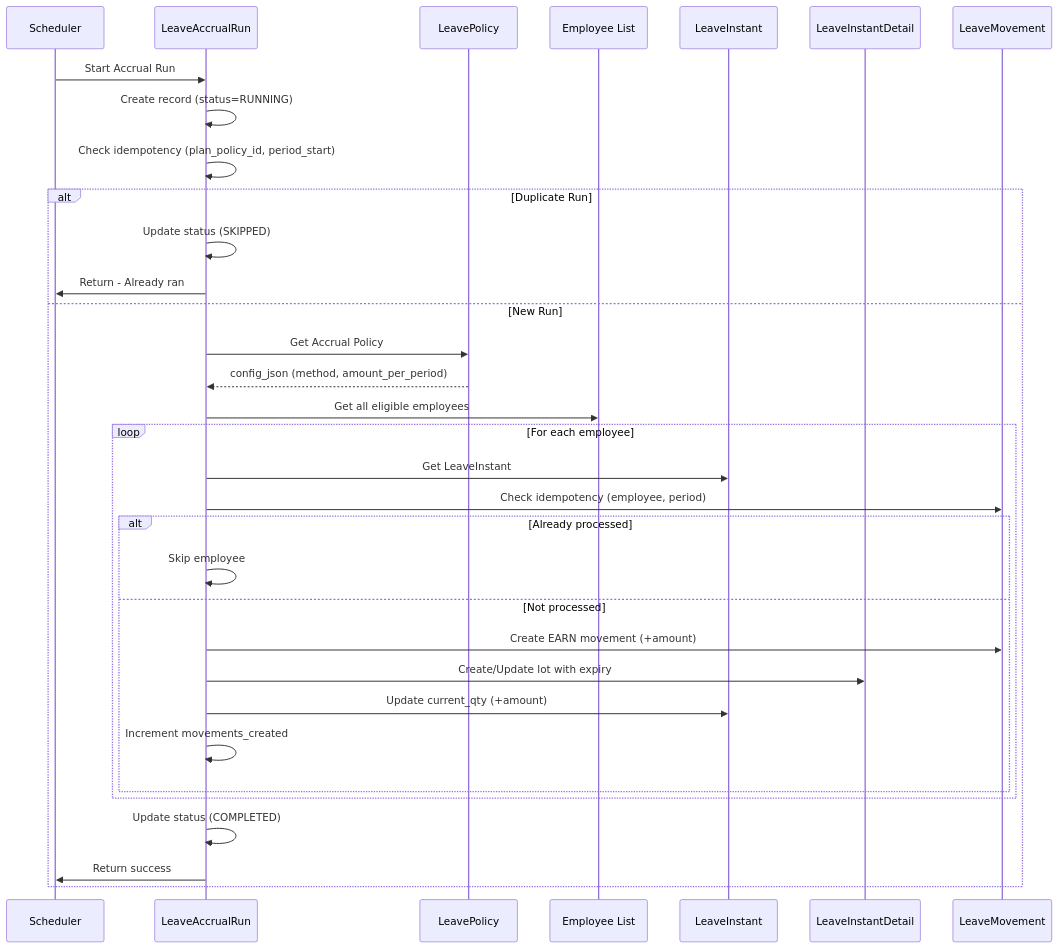
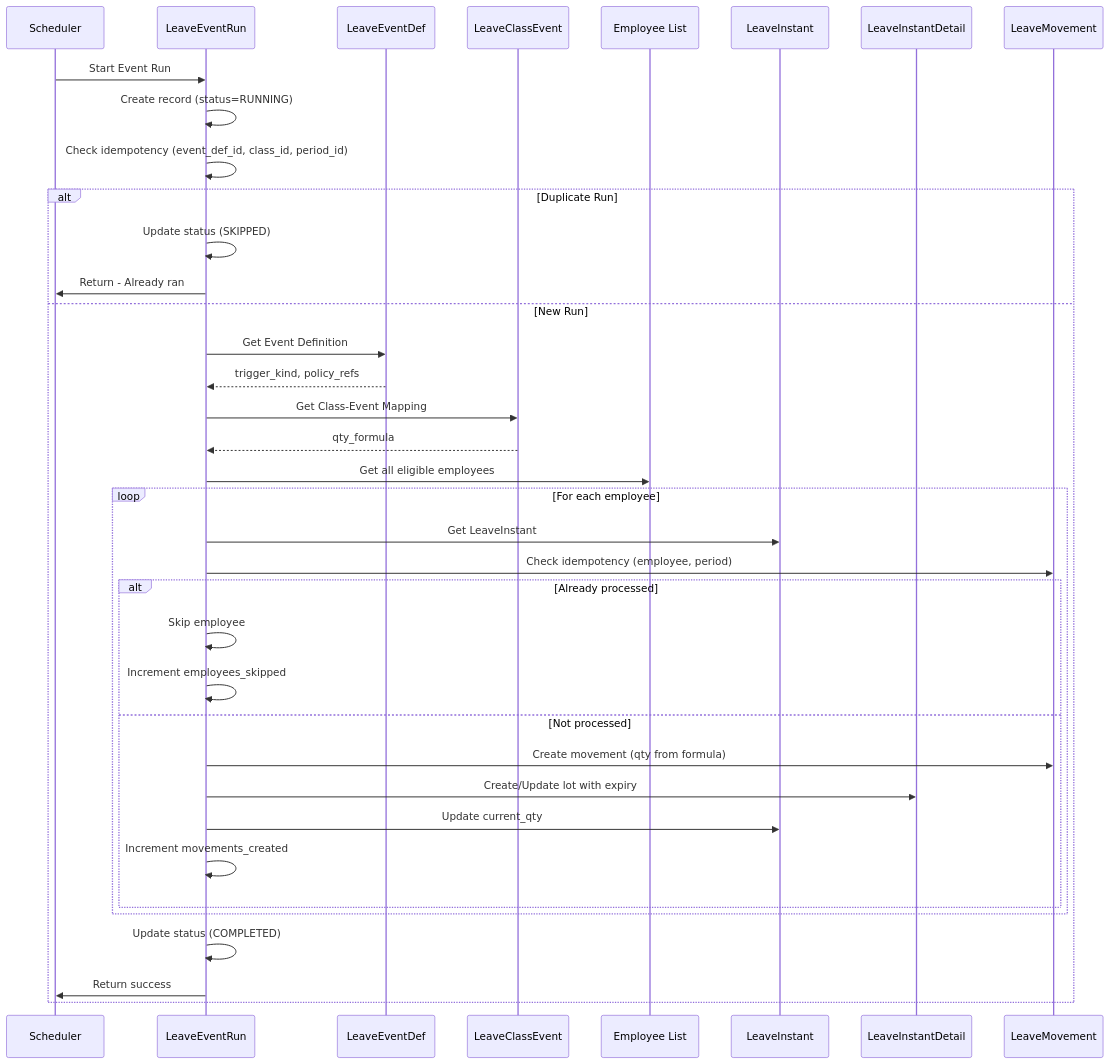
One commit to a4b-corporation/xTalent changed the eighth of 16 diagrams in docs/02-dbml/TA/07-workflow-diagrams.md. Above: the diagram before and after it, drawn with Mermaid. The commit also changed other lines of this file and 3 other files, not shown here.

````diff
--- a/docs/02-dbml/TA/07-workflow-diagrams.md
+++ b/docs/02-dbml/TA/07-workflow-diagrams.md
@@ -299,41 +299,46 @@
 ```mermaid
 sequenceDiagram
     participant S as Scheduler
-    participant AR as LeaveAccrualRun
-    participant P as LeavePolicy
+    participant ER as LeaveEventRun
+    participant ED as LeaveEventDef
+    participant CE as LeaveClassEvent
     participant E as Employee List
     participant LI as LeaveInstant
     participant LID as LeaveInstantDetail
     participant LM as LeaveMovement
     
-    S->>AR: Start Accrual Run
-    AR->>AR: Create record (status=RUNNING)
-    AR->>AR: Check idempotency (plan_policy_id, period_start)
+    S->>ER: Start Event Run
+    ER->>ER: Create record (status=RUNNING)
+    ER->>ER: Check idempotency (event_def_id, class_id, period_id)
     
     alt Duplicate Run
-        AR->>AR: Update status (SKIPPED)
-        AR->>S: Return - Already ran
+        ER->>ER: Update status (SKIPPED)
+        ER->>S: Return - Already ran
     else New Run
-        AR->>P: Get Accrual Policy
-        P-->>AR: config_json (method, amount_per_period)
+        ER->>ED: Get Event Definition
+        ED-->>ER: trigger_kind, policy_refs
         
-        AR->>E: Get all eligible employees
+        ER->>CE: Get Class-Event Mapping
+        CE-->>ER: qty_formula
+        
+        ER->>E: Get all eligible employees
         
         loop For each employee
-            AR->>LI: Get LeaveInstant
-            AR->>LM: Check idempotency (employee, period)
+            ER->>LI: Get LeaveInstant
+            ER->>LM: Check idempotency (employee, period)
             
             alt Already processed
-                AR->>AR: Skip employee
+                ER->>ER: Skip employee
+                ER->>ER: Increment employees_skipped
             else Not processed
-                AR->>LM: Create EARN movement (+amount)
-                AR->>LID: Create/Update lot with expiry
-                AR->>LI: Update current_qty (+amount)
-                AR->>AR: Increment movements_created
+                ER->>LM: Create movement (qty from formula)
+                ER->>LID: Create/Update lot with expiry
+                ER->>LI: Update current_qty
+                ER->>ER: Increment movements_created
             end
         end
         
-        AR->>AR: Update status (COMPLETED)
-        AR->>S: Return success
+        ER->>ER: Update status (COMPLETED)
+        ER->>S: Return success
     end
 ```
````
